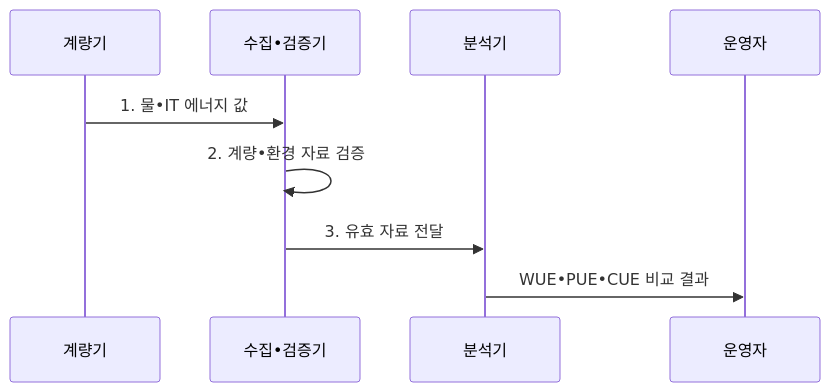
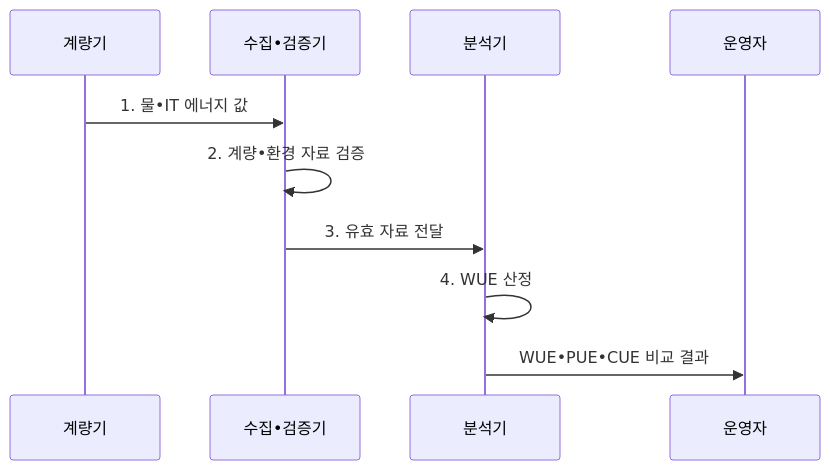
One commit to agnusdei1207/knowledge-base changed the second of 2 diagrams in src/content/docs/notes/02-hardware/059_water_usage_effectiveness.md. Above: the diagram before and after it, drawn with Mermaid. The commit also changed other lines of this file and 14 other files, not shown here.

````diff
--- a/src/content/docs/notes/02-hardware/059_water_usage_effectiveness.md
+++ b/src/content/docs/notes/02-hardware/059_water_usage_effectiveness.md
@@ -103,12 +103,13 @@
 ```mermaid
 sequenceDiagram
     participant M as 계량기
     participant C as 수집•검증기
     participant A as 분석기
     participant O as 운영자
 
     M->>C: 1. 물•IT 에너지 값
     C->>C: 2. 계량•환경 자료 검증
     C->>A: 3. 유효 자료 전달
+    A->>A: 4. WUE 산정
     A->>O: WUE•PUE•CUE 비교 결과
 ```
````
